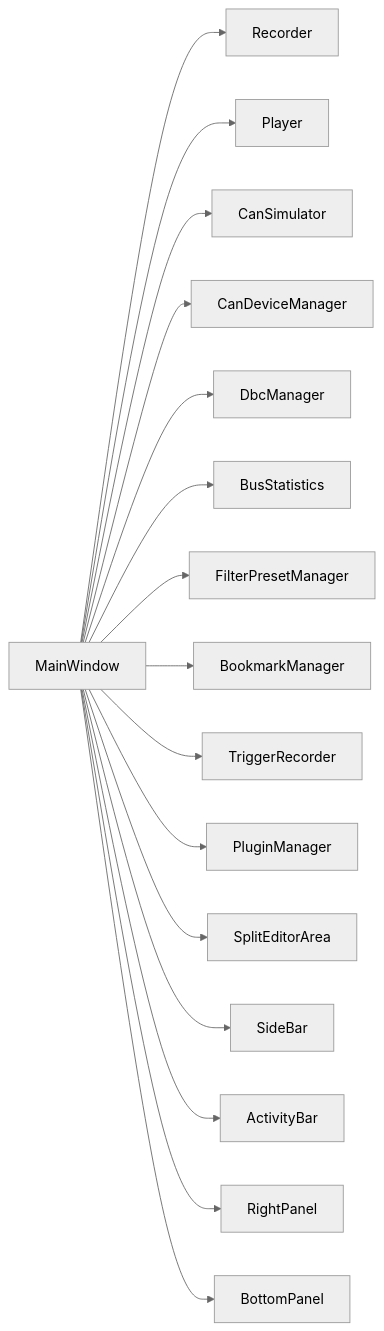
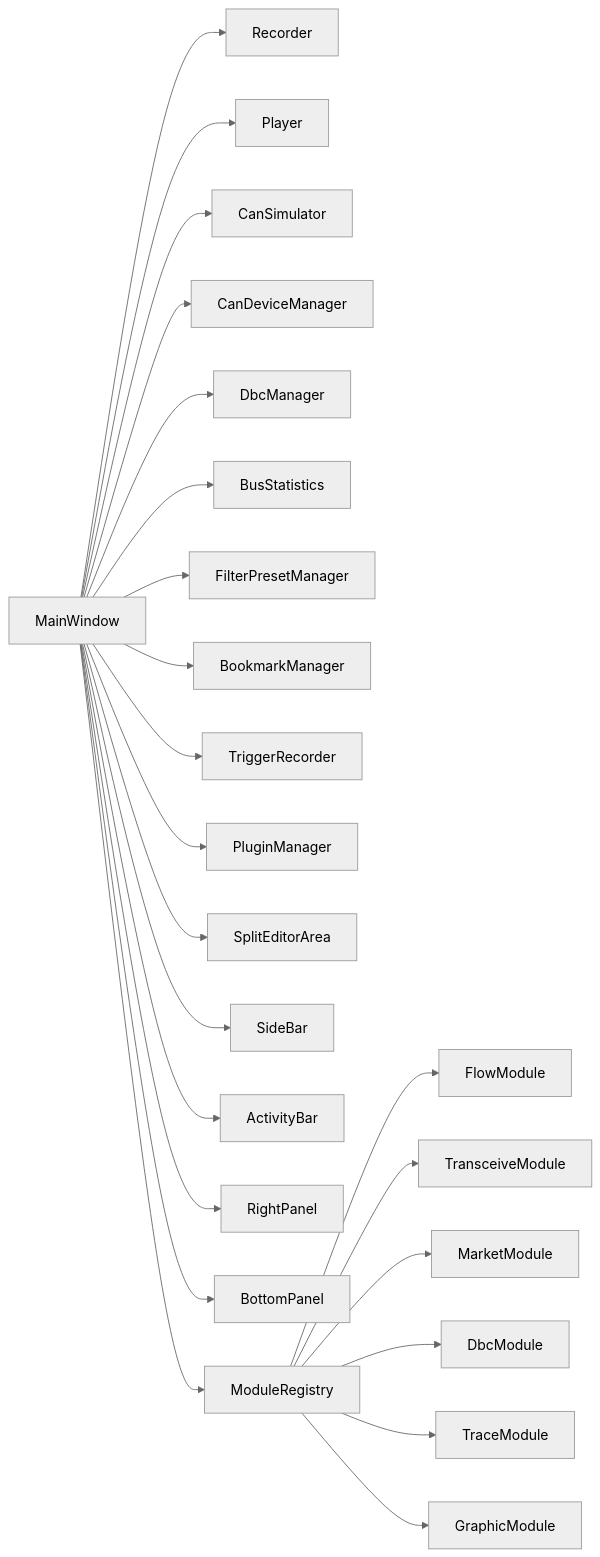
The eighth of 8 diagrams in .qoder/repowiki/zh/content/架构设计/主窗口组件架构.md (jakecai1225-design/OpenBus), drawn with Mermaid (neutral theme) before and after one commit. The commit also changed other lines of this file and 177 other files, not shown here.

````diff
--- a/.qoder/repowiki/zh/content/架构设计/主窗口组件架构.md
+++ b/.qoder/repowiki/zh/content/架构设计/主窗口组件架构.md
@@ -293,18 +389,25 @@
 ```mermaid
 graph LR
 MW["MainWindow"] --> R["Recorder"]
 MW --> P["Player"]
 MW --> S["CanSimulator"]
 MW --> DM["CanDeviceManager"]
 MW --> DBM["DbcManager"]
 MW --> BS["BusStatistics"]
 MW --> FPM["FilterPresetManager"]
 MW --> BM["BookmarkManager"]
 MW --> TR["TriggerRecorder"]
 MW --> PM["PluginManager"]
 MW --> EA["SplitEditorArea"]
 MW --> SB["SideBar"]
 MW --> AB["ActivityBar"]
 MW --> RP["RightPanel"]
 MW --> BP["BottomPanel"]
+MW --> MR["ModuleRegistry"]
+MR --> FM["FlowModule"]
+MR --> TM["TransceiveModule"]
+MR --> MM["MarketModule"]
+MR --> DBCM["DbcModule"]
+MR --> TCM["TraceModule"]
+MR --> GM["GraphicModule"]
 ```
````
